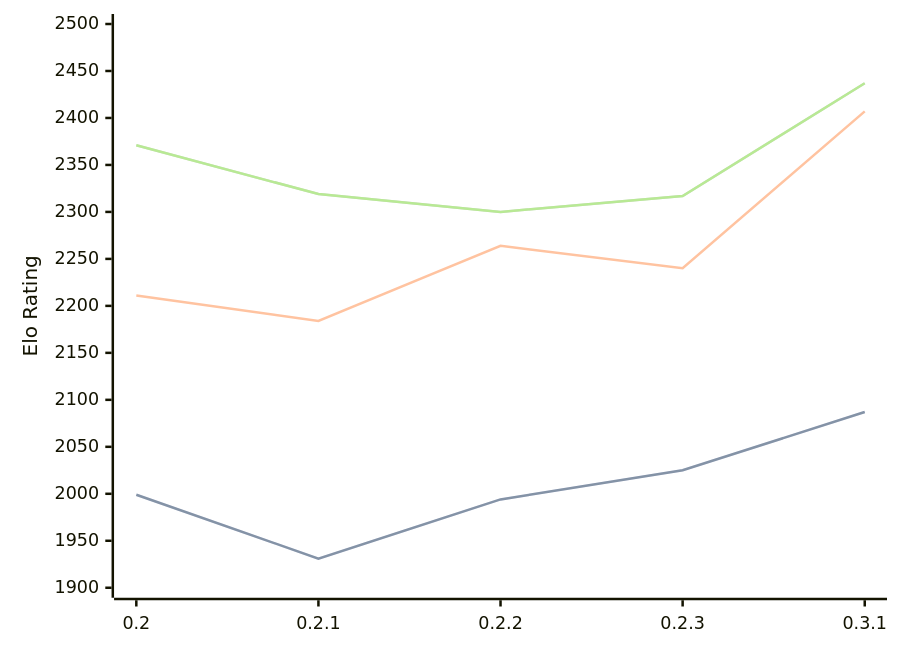
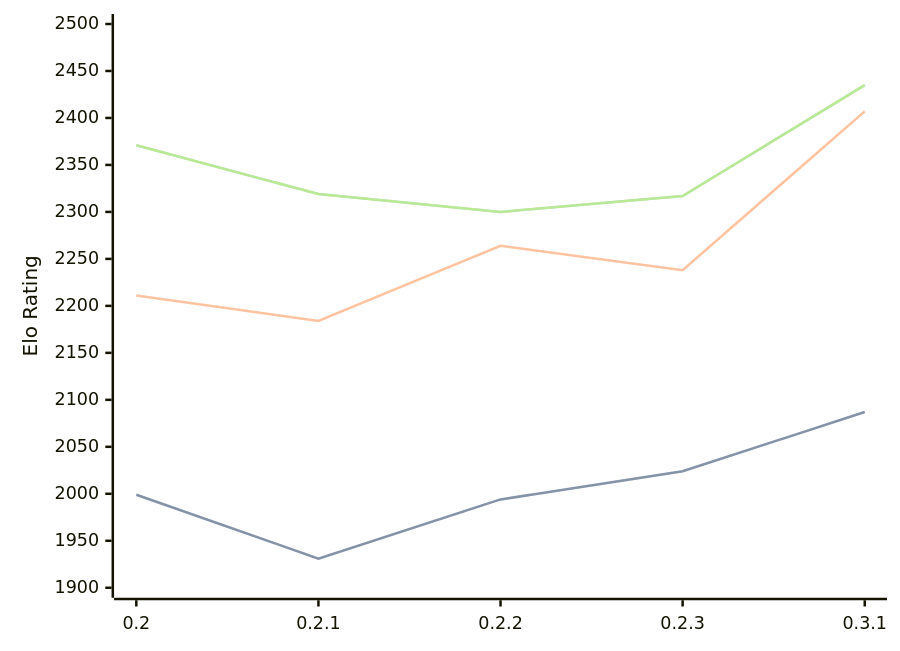
One commit to computer-chess-index/cci changed the diagram in engines/Lolbot.md. Above: the diagram before and after it, drawn with Mermaid. The commit also changed other lines of this file, not shown here.

Commit message:
Update CCI Ratings (ELO VLTC) - 2026-09-09

````diff
--- a/engines/Lolbot.md
+++ b/engines/Lolbot.md
@@ -35,11 +35,11 @@
 ```mermaid
 %%{init: {"theme":"base","themeVariables":{"seriesColors:['#a3a3a3','#222221','#faa371']}}}%%
 xychart-beta
   x-axis ["0.2", "0.2.1", "0.2.2", "0.2.3", "0.3.1"]
   y-axis "Elo Rating" 1900 --> 2500
-  line "" [1999, 1931, 1994, 2025, 2087]
-  line "STC (8.0+0.08s)" [1999, 1931, 1994, 2025, 2087]
-  line "LTC (60.0+0.60s)" [2211, 2184, 2264, 2240, 2407]
-  line "" [2371, 2319, 2300, 2317, 2437]
-  line "VLTC (2m24s+1.12s)" [2371, 2319, 2300, 2317, 2437]
+  line "" [1999, 1931, 1994, 2024, 2087]
+  line "STC (8.0+0.08s)" [1999, 1931, 1994, 2024, 2087]
+  line "LTC (60.0+0.60s)" [2211, 2184, 2264, 2238, 2407]
+  line "" [2371, 2319, 2300, 2317, 2435]
+  line "VLTC (2m24s+1.12s)" [2371, 2319, 2300, 2317, 2435]
 ```
````
